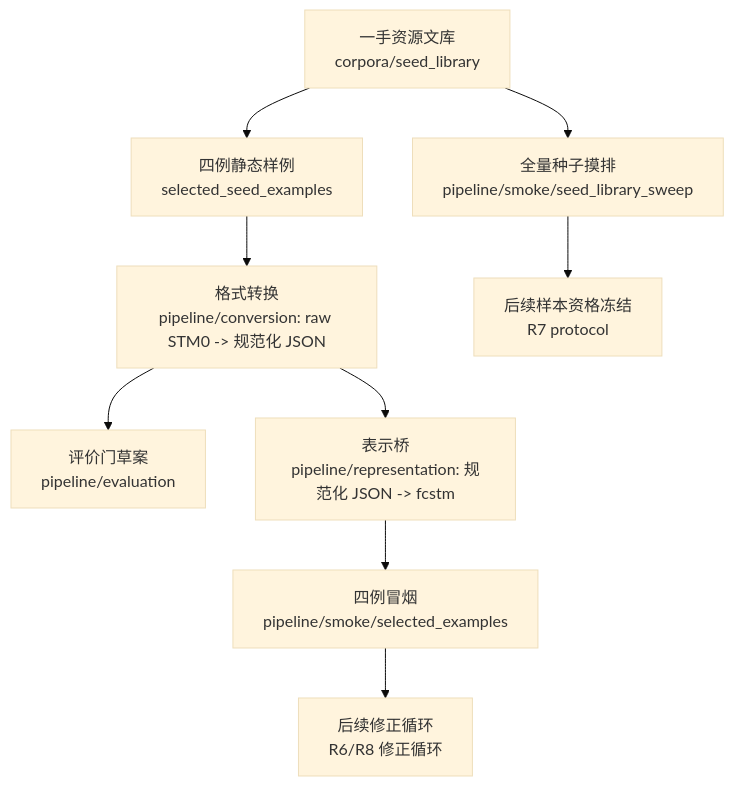
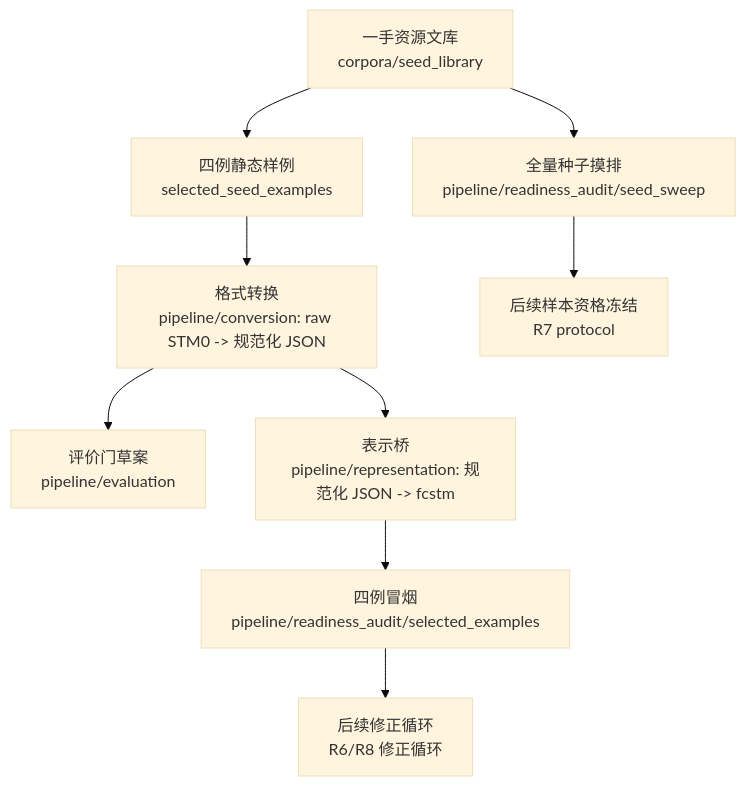
The diagram in project_1_llm_state_machine_modeling/paper_stm_repair/README.md (HansBug/research_ideas), drawn with Mermaid (base theme) before and after one commit. The commit also changed other lines of this file and 144 other files, not shown here.

````diff
--- a/project_1_llm_state_machine_modeling/paper_stm_repair/README.md
+++ b/project_1_llm_state_machine_modeling/paper_stm_repair/README.md
@@ -31,11 +32,11 @@
 ```mermaid
 flowchart TD
   A[一手资源文库<br/>corpora/seed_library] --> B[四例静态样例<br/>selected_seed_examples]
-  A --> C[全量种子摸排<br/>pipeline/smoke/seed_library_sweep]
+  A --> C[全量种子摸排<br/>pipeline/readiness_audit/seed_sweep]
   B --> D[格式转换<br/>pipeline/conversion: raw STM0 -> 规范化 JSON]
   D --> E[评价门草案<br/>pipeline/evaluation]
   D --> F[表示桥<br/>pipeline/representation: 规范化 JSON -> fcstm]
-  F --> G[四例冒烟<br/>pipeline/smoke/selected_examples]
+  F --> G[四例冒烟<br/>pipeline/readiness_audit/selected_examples]
   C --> H[后续样本资格冻结<br/>R7 protocol]
   G --> I[后续修正循环<br/>R6/R8 修正循环]
 ```
````
